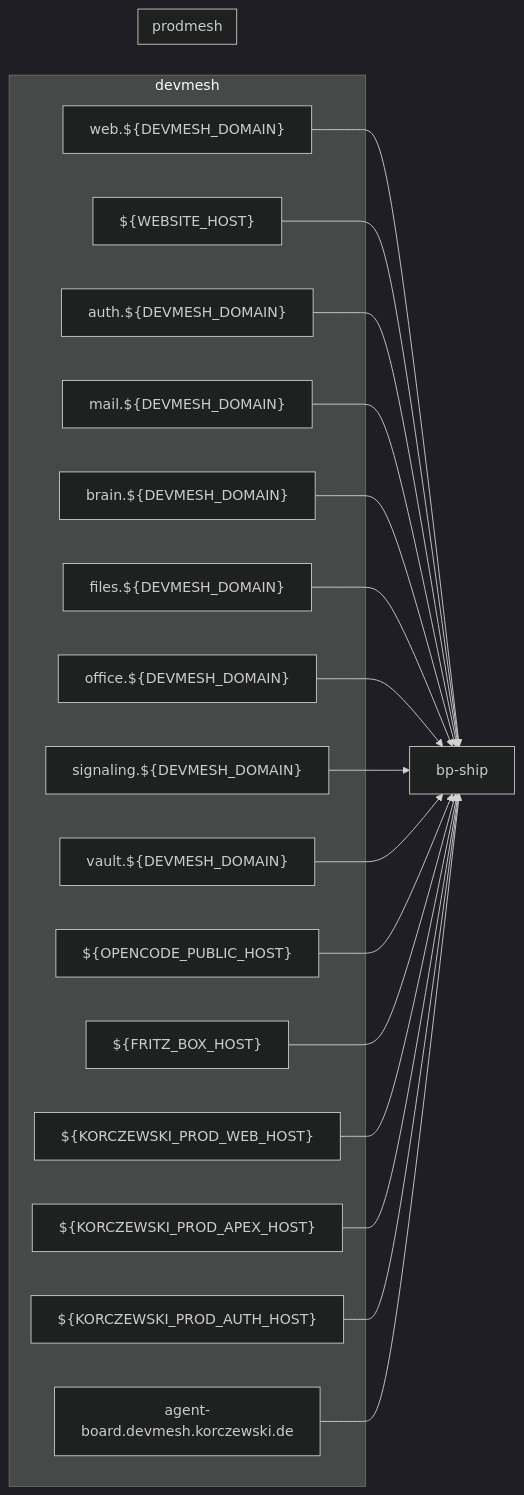
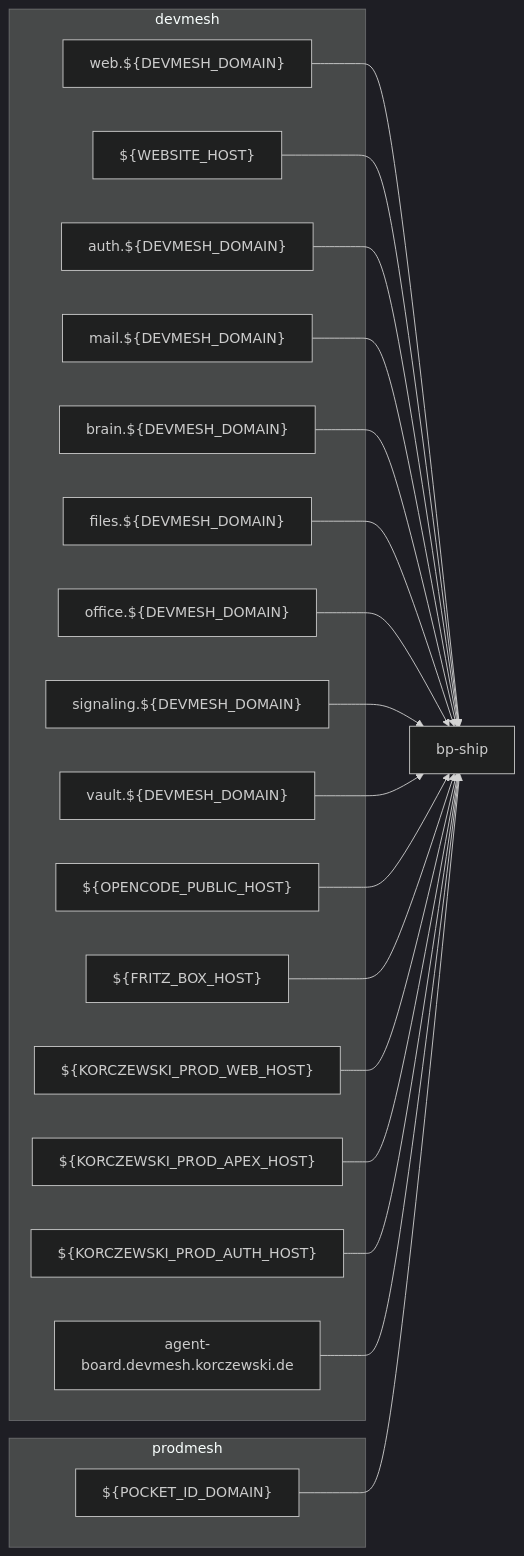
One commit to Paddione/Bachelorprojekt changed the diagram in docs/agent-guide/maps/domains-map.md. Above: the diagram before and after it, drawn with Mermaid (dark theme). The commit also changed other lines of this file and 1 other file, not shown here.

First line of the commit message:
fix(docs): D1-Auftauung auth-korczewski live, Eigner-Entscheid 2026-11-05 (#7150)

````diff
--- a/docs/agent-guide/maps/domains-map.md
+++ b/docs/agent-guide/maps/domains-map.md
@@ -8,38 +8,40 @@
 ```mermaid
 flowchart LR
     subgraph devmesh["devmesh"]
         devmesh_web["web.${DEVMESH_DOMAIN}"]
         devmesh_website_alias["${WEBSITE_HOST}"]
         devmesh_auth["auth.${DEVMESH_DOMAIN}"]
         devmesh_mail["mail.${DEVMESH_DOMAIN}"]
         devmesh_brain["brain.${DEVMESH_DOMAIN}"]
         devmesh_files["files.${DEVMESH_DOMAIN}"]
         devmesh_office["office.${DEVMESH_DOMAIN}"]
         devmesh_signaling["signaling.${DEVMESH_DOMAIN}"]
         devmesh_vault["vault.${DEVMESH_DOMAIN}"]
         devmesh_opencode["${OPENCODE_PUBLIC_HOST}"]
         devmesh_fritzbox["${FRITZ_BOX_HOST}"]
         korczewski_web_mirror["${KORCZEWSKI_PROD_WEB_HOST}"]
         korczewski_apex_mirror["${KORCZEWSKI_PROD_APEX_HOST}"]
         korczewski_auth_mirror["${KORCZEWSKI_PROD_AUTH_HOST}"]
         devmesh_agent_board["agent-board.devmesh.korczewski.de"]
     end
     subgraph prodmesh["prodmesh"]
+        auth_korczewski["${POCKET_ID_DOMAIN}"]
     end
     owner_bp_ship["bp-ship"]
     devmesh_web --> owner_bp_ship
     devmesh_website_alias --> owner_bp_ship
     devmesh_auth --> owner_bp_ship
     devmesh_mail --> owner_bp_ship
     devmesh_brain --> owner_bp_ship
     devmesh_files --> owner_bp_ship
     devmesh_office --> owner_bp_ship
     devmesh_signaling --> owner_bp_ship
     devmesh_vault --> owner_bp_ship
     devmesh_opencode --> owner_bp_ship
     devmesh_fritzbox --> owner_bp_ship
     korczewski_web_mirror --> owner_bp_ship
     korczewski_apex_mirror --> owner_bp_ship
     korczewski_auth_mirror --> owner_bp_ship
+    auth_korczewski --> owner_bp_ship
     devmesh_agent_board --> owner_bp_ship
 ```
````
